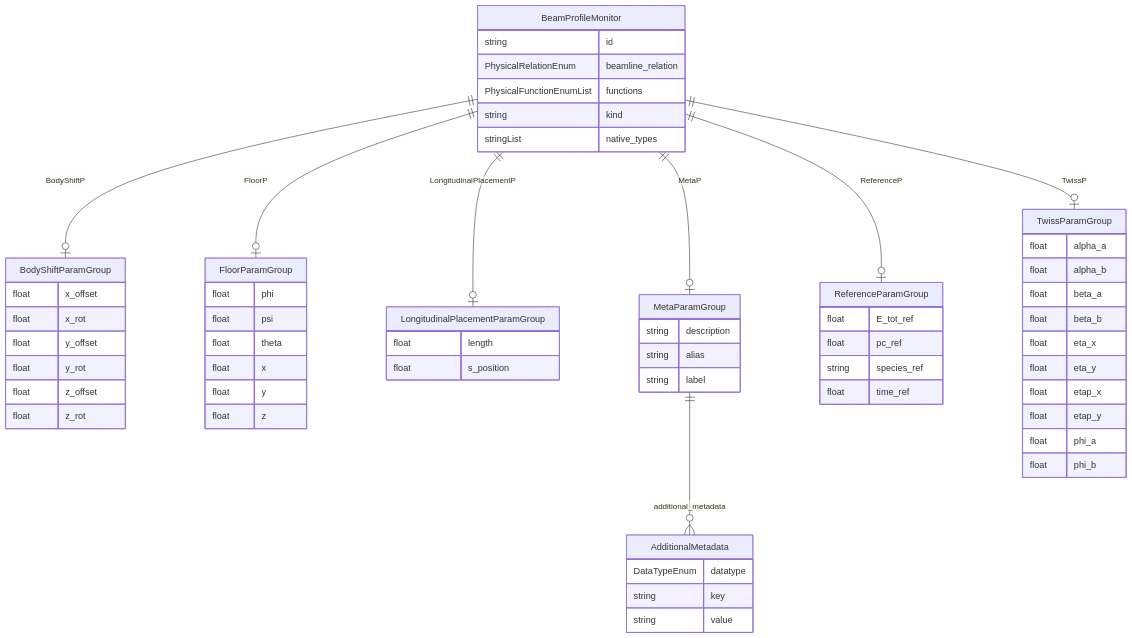
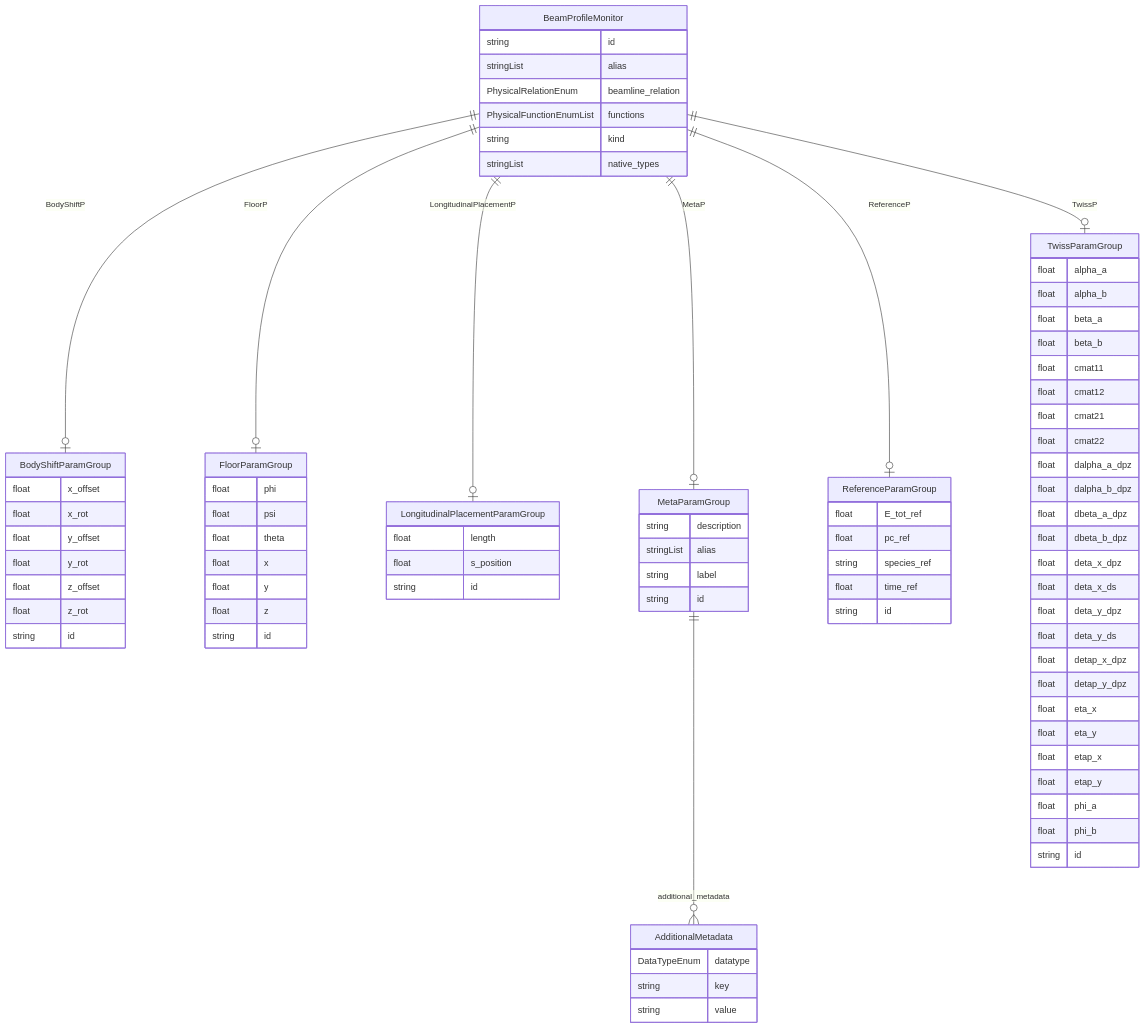
One commit to pals-project/pals-facility-config changed the diagram in docs/elements/classes/BeamProfileMonitor.md. Above: the diagram before and after it, drawn with Mermaid. The commit also changed other lines of this file and 499 other files, not shown here.

```diff
--- a/docs/elements/classes/BeamProfileMonitor.md
+++ b/docs/elements/classes/BeamProfileMonitor.md
@@ -21,6 +21,7 @@
 }
 BeamProfileMonitor {
     string id  
+    stringList alias  
     PhysicalRelationEnum beamline_relation  
     PhysicalFunctionEnumList functions  
     string kind  
@@ -33,6 +34,7 @@
     float y_rot  
     float z_offset  
     float z_rot  
+    string id  
 }
 FloorParamGroup {
     float phi  
@@ -41,33 +43,52 @@
     float x  
     float y  
     float z  
+    string id  
 }
 LongitudinalPlacementParamGroup {
     float length  
     float s_position  
+    string id  
 }
 MetaParamGroup {
     string description  
-    string alias  
+    stringList alias  
     string label  
+    string id  
 }
 ReferenceParamGroup {
     float E_tot_ref  
     float pc_ref  
     string species_ref  
     float time_ref  
+    string id  
 }
 TwissParamGroup {
     float alpha_a  
     float alpha_b  
     float beta_a  
     float beta_b  
+    float cmat11  
+    float cmat12  
+    float cmat21  
+    float cmat22  
+    float dalpha_a_dpz  
+    float dalpha_b_dpz  
+    float dbeta_a_dpz  
+    float dbeta_b_dpz  
+    float deta_x_dpz  
+    float deta_x_ds  
+    float deta_y_dpz  
+    float deta_y_ds  
+    float detap_x_dpz  
+    float detap_y_dpz  
     float eta_x  
     float eta_y  
     float etap_x  
     float etap_y  
     float phi_a  
     float phi_b  
+    string id  
 }
 
 BeamProfileMonitor ||--|o BodyShiftParamGroup : "BodyShiftP"
```
